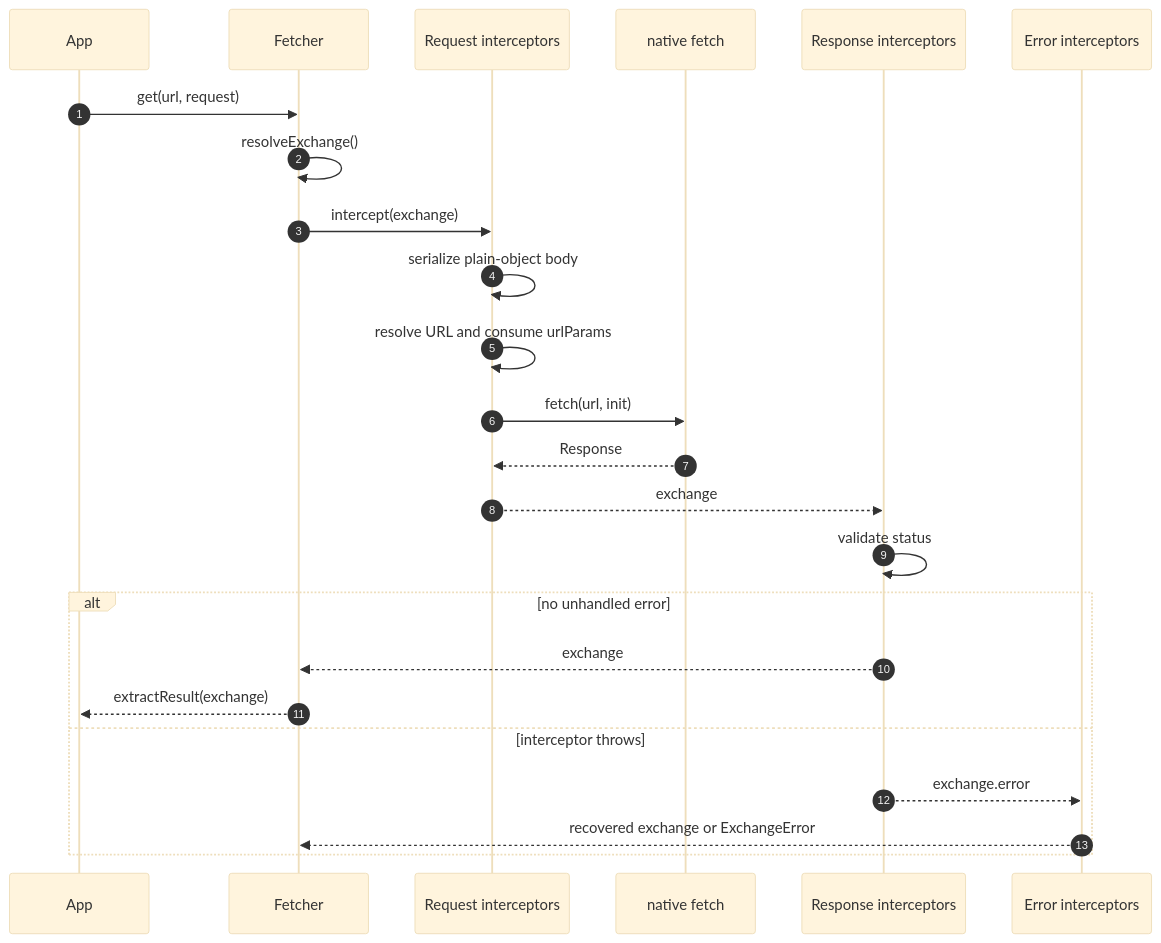
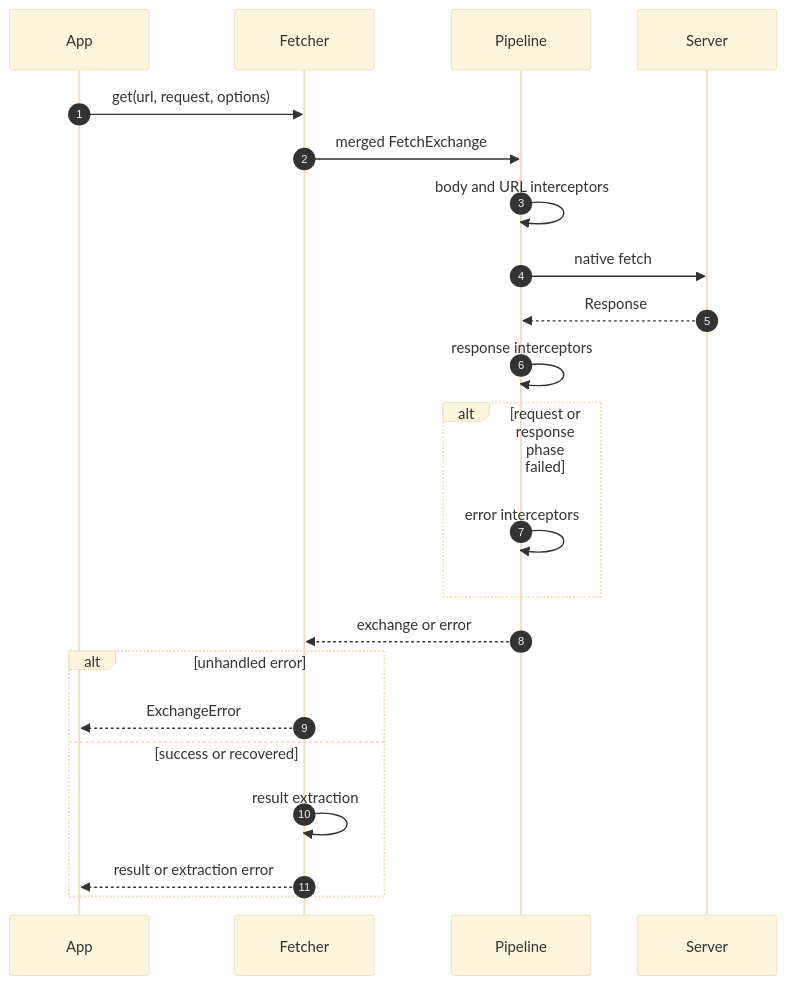
The diagram in wiki/learn/request-lifecycle.md (Ahoo-Wang/fetcher), drawn with Mermaid (base theme) before and after one commit. The commit also changed other lines of this file and 225 other files, not shown here.

````diff
--- a/wiki/learn/request-lifecycle.md
+++ b/wiki/learn/request-lifecycle.md
@@ -10,27 +10,24 @@
 ```mermaid
 sequenceDiagram
-autonumber
+    autonumber
     participant App
     participant Fetcher
-    participant Request as Request interceptors
-    participant Native as native fetch
-    participant Response as Response interceptors
-    participant Error as Error interceptors
-
-    App->>Fetcher: get(url, request)
-    Fetcher->>Fetcher: resolveExchange()
-    Fetcher->>Request: intercept(exchange)
-    Request->>Request: serialize plain-object body
-    Request->>Request: resolve URL and consume urlParams
-    Request->>Native: fetch(url, init)
-    Native-->>Request: Response
-    Request-->>Response: exchange
-    Response->>Response: validate status
-    alt no unhandled error
-        Response-->>Fetcher: exchange
-        Fetcher-->>App: extractResult(exchange)
-    else interceptor throws
-        Response-->>Error: exchange.error
-        Error-->>Fetcher: recovered exchange or ExchangeError
+    participant Pipeline
+    participant Server
+    App->>Fetcher: get(url, request, options)
+    Fetcher->>Pipeline: merged FetchExchange
+    Pipeline->>Pipeline: body and URL interceptors
+    Pipeline->>Server: native fetch
+    Server-->>Pipeline: Response
+    Pipeline->>Pipeline: response interceptors
+    alt request or response phase failed
+        Pipeline->>Pipeline: error interceptors
+    end
+    Pipeline-->>Fetcher: exchange or error
+    alt unhandled error
+        Fetcher-->>App: ExchangeError
+    else success or recovered
+        Fetcher->>Fetcher: result extraction
+        Fetcher-->>App: result or extraction error
     end
 ```
````
